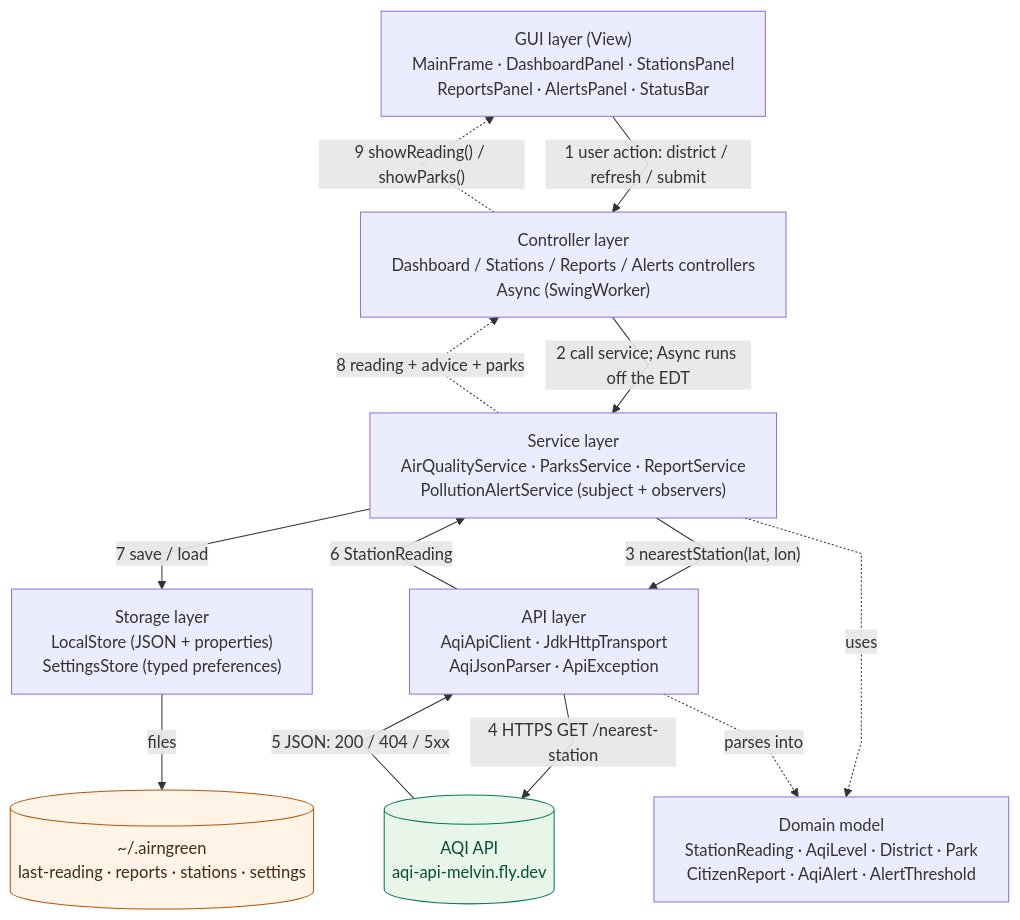
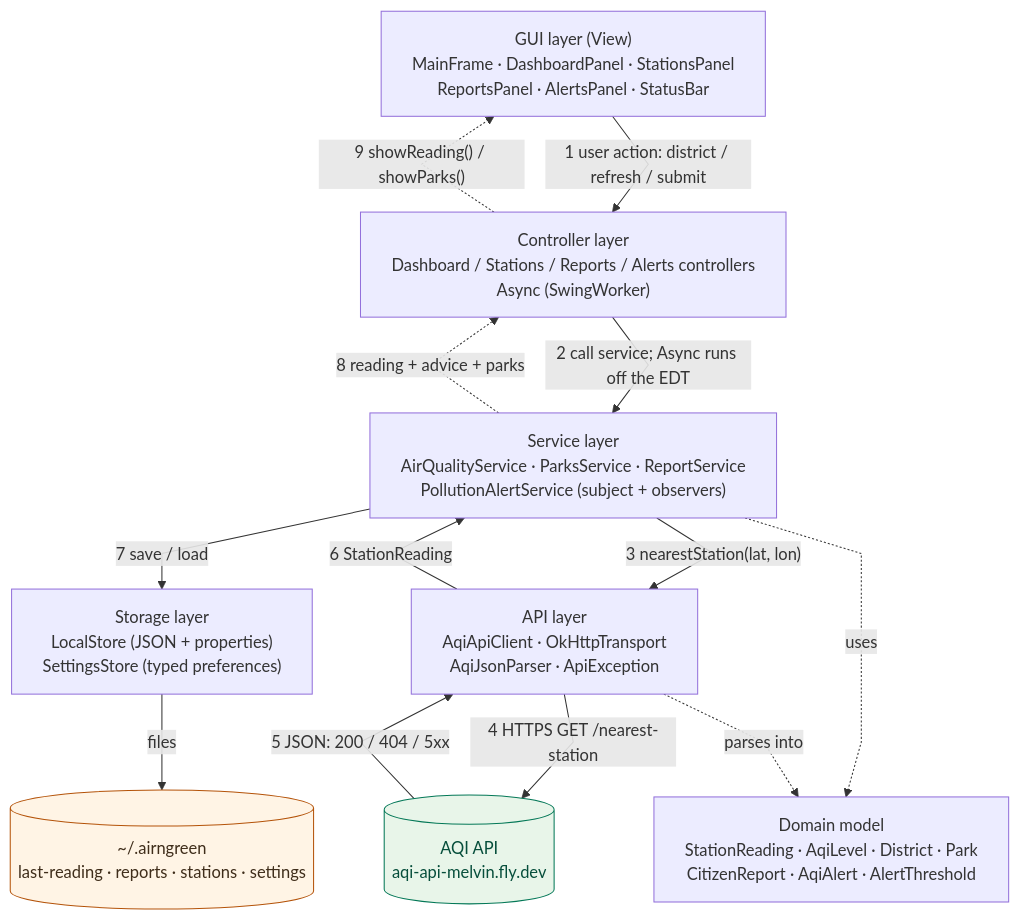
One commit to melvinchia3636/sc-assignment changed the diagram in docs/diagrams/architecture.mmd. Above: the diagram before and after it, drawn with Mermaid. The commit also changed 13 other files, not shown here.

Commit message:
feat: use OkHttp and Gson DTOs for the API client

```diff
--- a/docs/diagrams/architecture.mmd
+++ b/docs/diagrams/architecture.mmd
@@ -1,37 +1,37 @@
 ---
 config:
   theme: default
   flowchart:
     curve: linear
     nodeSpacing: 35
     rankSpacing: 45
     wrappingWidth: 480
 ---
 flowchart TB
     UI["GUI layer (View)<br/>MainFrame · DashboardPanel · StationsPanel<br/>ReportsPanel · AlertsPanel · StatusBar"]
     C["Controller layer<br/>Dashboard / Stations / Reports / Alerts controllers<br/>Async (SwingWorker)"]
     S["Service layer<br/>AirQualityService · ParksService · ReportService<br/>PollutionAlertService (subject + observers)"]
     STORE["Storage layer<br/>LocalStore (JSON + properties)<br/>SettingsStore (typed preferences)"]
-    API["API layer<br/>AqiApiClient · JdkHttpTransport<br/>AqiJsonParser · ApiException"]
+    API["API layer<br/>AqiApiClient · OkHttpTransport<br/>AqiJsonParser · ApiException"]
     M["Domain model<br/>StationReading · AqiLevel · District · Park<br/>CitizenReport · AqiAlert · AlertThreshold"]
 
     EXT[("AQI API<br/>aqi-api-melvin.fly.dev")]
     DISK[("~/.airngreen<br/>last-reading · reports · stations · settings")]
 
     UI -- "1 user action: district / refresh / submit" --> C
     C -- "2 call service; Async runs off the EDT" --> S
     S -- "3 nearestStation(lat, lon)" --> API
     API -- "4 HTTPS GET /nearest-station" --> EXT
     EXT -- "5 JSON: 200 / 404 / 5xx" --> API
     API -- "6 StationReading" --> S
     S -- "7 save / load" --> STORE
     STORE -- "files" --> DISK
     S -. "8 reading + advice + parks" .-> C
     C -. "9 showReading() / showParks()" .-> UI
     S -. "uses" .-> M
     API -. "parses into" .-> M
 
     classDef store fill:#FFF4E5,stroke:#B45309,color:#3F2D1A
     classDef external fill:#E8F5E9,stroke:#047857,color:#064E3B
     class DISK store
     class EXT external
```
